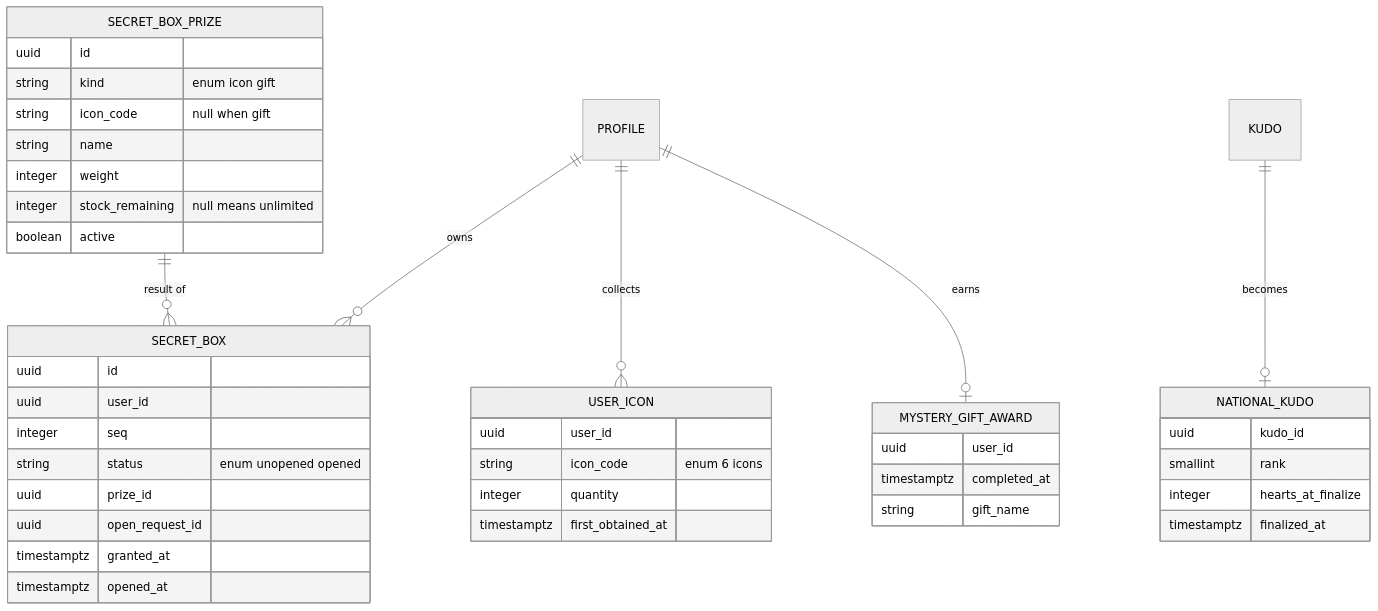
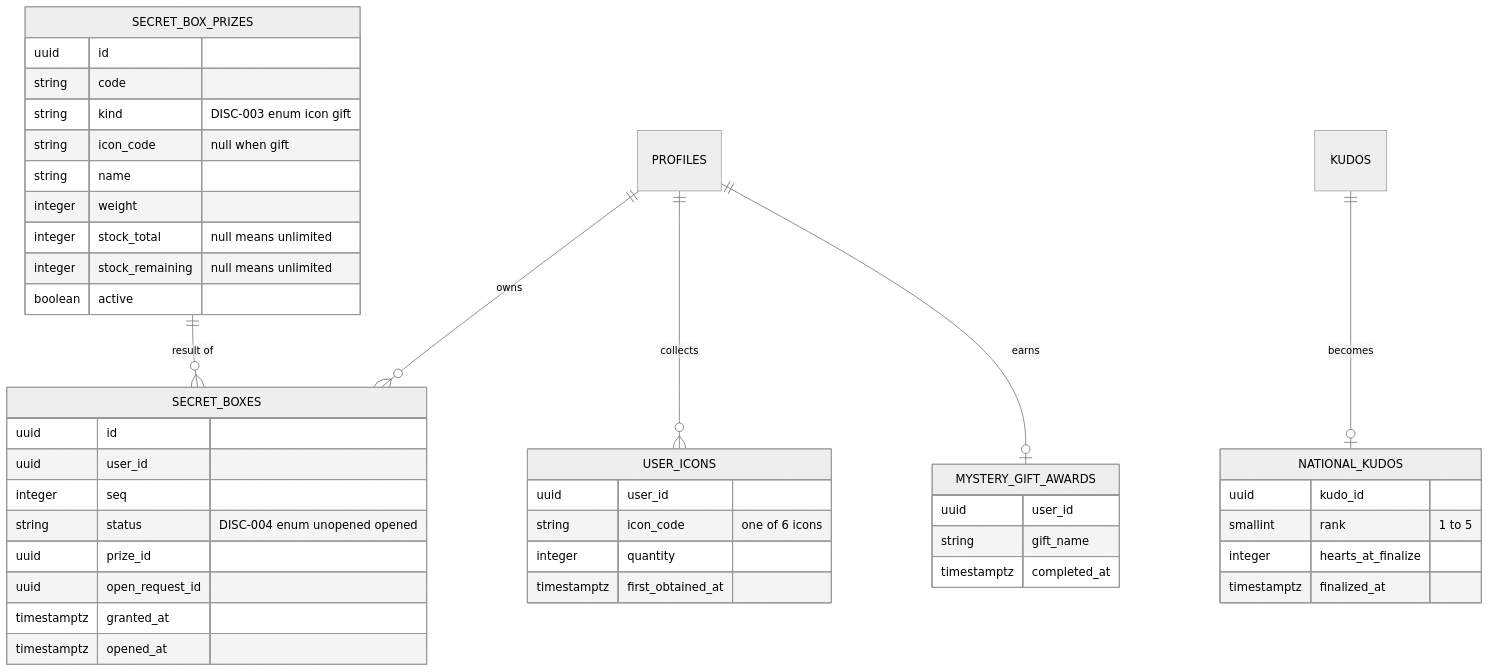
Before and after one commit to hailv-3571/agentic-coding-hands-on: the ninth of 11 diagrams in docs/features/F010_SecretBoxRewards/technical-spec.md, drawn with Mermaid (neutral theme). The commit also changed other lines of this file and 152 other files, not shown here.

````diff
--- a/docs/features/F010_SecretBoxRewards/technical-spec.md
+++ b/docs/features/F010_SecretBoxRewards/technical-spec.md
@@ -324,44 +560,47 @@
 ```mermaid
 erDiagram
-    PROFILE ||--o{ SECRET_BOX : "owns"
-    SECRET_BOX_PRIZE ||--o{ SECRET_BOX : "result of"
-    PROFILE ||--o{ USER_ICON : "collects"
-    PROFILE ||--o| MYSTERY_GIFT_AWARD : "earns"
-    KUDO ||--o| NATIONAL_KUDO : "becomes"
-    SECRET_BOX {
+    %% Tên entity và thuộc tính không dùng ngoặc nhọn: erDiagram đọc `{` là BLOCK_START.
+    PROFILES ||--o{ SECRET_BOXES : "owns"
+    SECRET_BOX_PRIZES ||--o{ SECRET_BOXES : "result of"
+    PROFILES ||--o{ USER_ICONS : "collects"
+    PROFILES ||--o| MYSTERY_GIFT_AWARDS : "earns"
+    KUDOS ||--o| NATIONAL_KUDOS : "becomes"
+    SECRET_BOXES {
         uuid id
         uuid user_id
         integer seq
-        string status "enum unopened opened"
+        string status "DISC-004 enum unopened opened"
         uuid prize_id
         uuid open_request_id
         timestamptz granted_at
         timestamptz opened_at
     }
-    SECRET_BOX_PRIZE {
+    SECRET_BOX_PRIZES {
         uuid id
-        string kind "enum icon gift"
+        string code
+        string kind "DISC-003 enum icon gift"
         string icon_code "null when gift"
         string name
         integer weight
+        integer stock_total "null means unlimited"
         integer stock_remaining "null means unlimited"
         boolean active
     }
-    USER_ICON {
+    USER_ICONS {
         uuid user_id
-        string icon_code "enum 6 icons"
+        string icon_code "one of 6 icons"
         integer quantity
         timestamptz first_obtained_at
     }
-    MYSTERY_GIFT_AWARD {
+    MYSTERY_GIFT_AWARDS {
         uuid user_id
+        string gift_name
         timestamptz completed_at
-        string gift_name
     }
-    NATIONAL_KUDO {
+    NATIONAL_KUDOS {
         uuid kudo_id
-        smallint rank
+        smallint rank "1 to 5"
         integer hearts_at_finalize
         timestamptz finalized_at
     }
 ```
````
